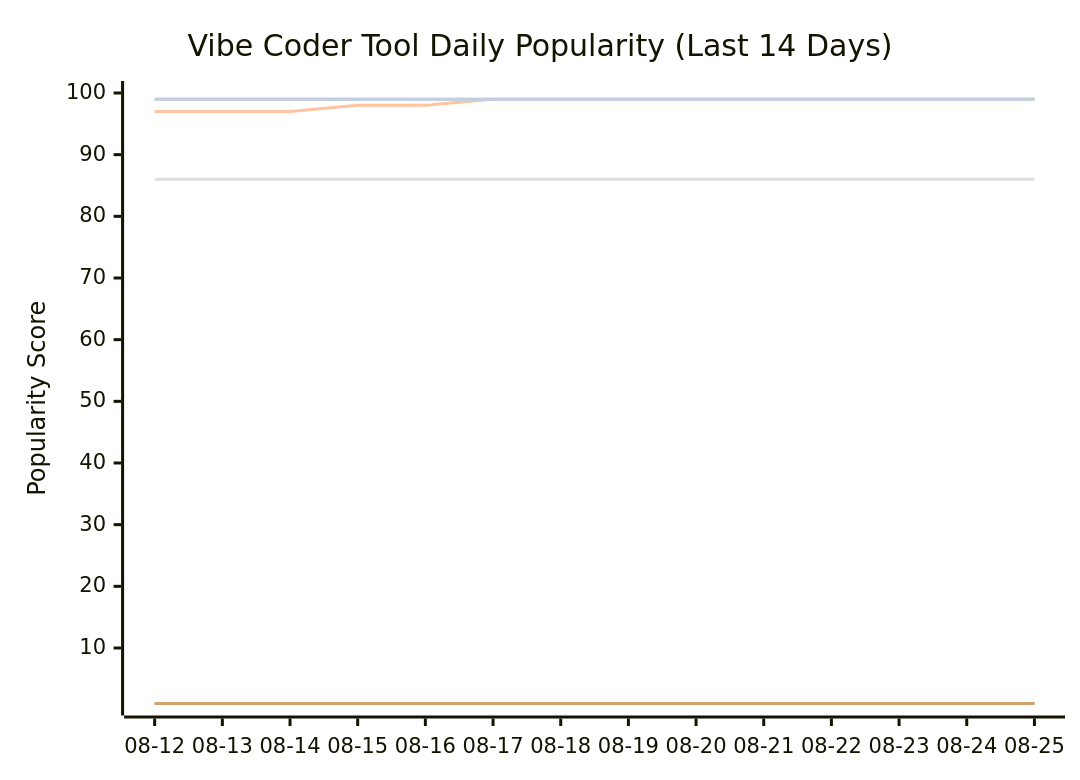
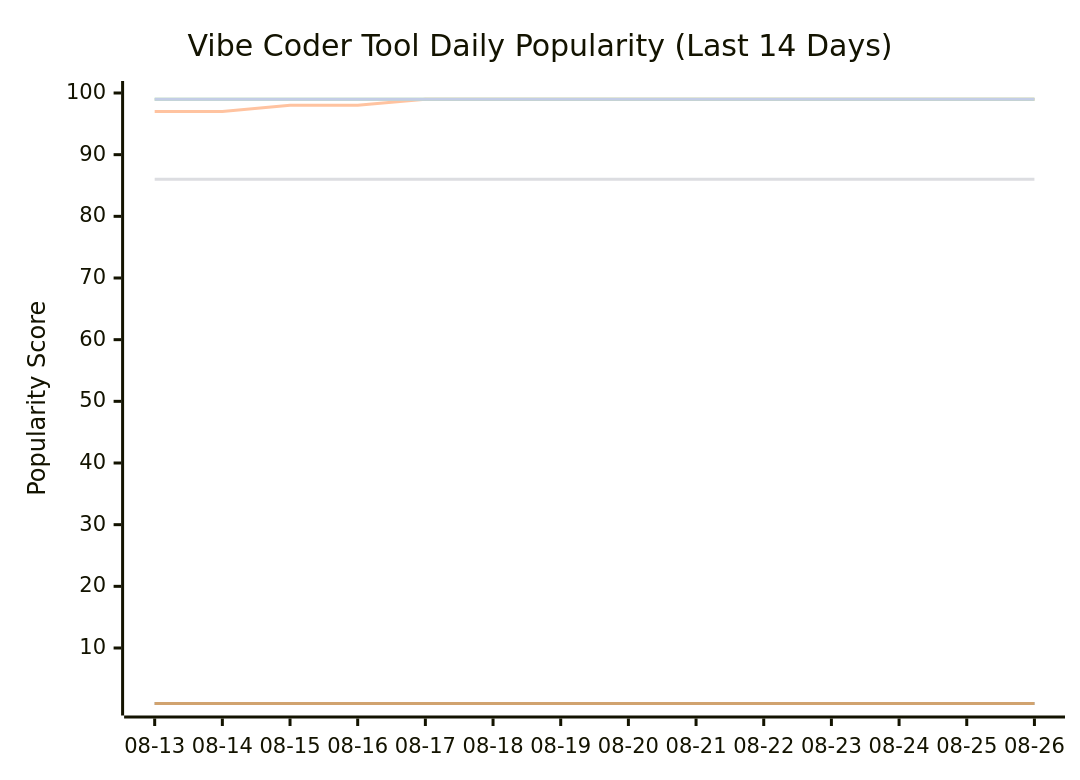
The seventh of 11 diagrams in README.md (tykimos/ai-whatchelin), drawn with Mermaid before and after one commit. The commit also changed other lines of this file and 4 other files, not shown here.

````diff
--- a/README.md
+++ b/README.md
@@ -2333,13 +2333,13 @@
 ```mermaid
 xychart-beta
     title "Vibe Coder Tool Daily Popularity (Last 14 Days)"
-    x-axis ["08-12", "08-13", "08-14", "08-15", "08-16", "08-17", "08-18", "08-19", "08-20", "08-21", "08-22", "08-23", "08-24", "08-25"]
+    x-axis ["08-13", "08-14", "08-15", "08-16", "08-17", "08-18", "08-19", "08-20", "08-21", "08-22", "08-23", "08-24", "08-25", "08-26"]
     y-axis "Popularity Score" 1 --> 100
     line "Claude Code" [99, 99, 99, 99, 99, 99, 99, 99, 99, 99, 99, 99, 99, 99]
     line "GH Copilot" [1, 1, 1, 1, 1, 1, 1, 1, 1, 1, 1, 1, 1, 1]
-    line "Cursor" [97, 97, 97, 98, 98, 99, 99, 99, 99, 99, 99, 99, 99, 99]
+    line "Cursor" [97, 97, 98, 98, 99, 99, 99, 99, 99, 99, 99, 99, 99, 99]
     line "Windsurf" [86, 86, 86, 86, 86, 86, 86, 86, 86, 86, 86, 86, 86, 86]
     line "Codex CLI" [99, 99, 99, 99, 99, 99, 99, 99, 99, 99, 99, 99, 99, 99]
     line "Gemini CLI" [1, 1, 1, 1, 1, 1, 1, 1, 1, 1, 1, 1, 1, 1]
     line "Antigravity" [99, 99, 99, 99, 99, 99, 99, 99, 99, 99, 99, 99, 99, 99]
 ```
````
